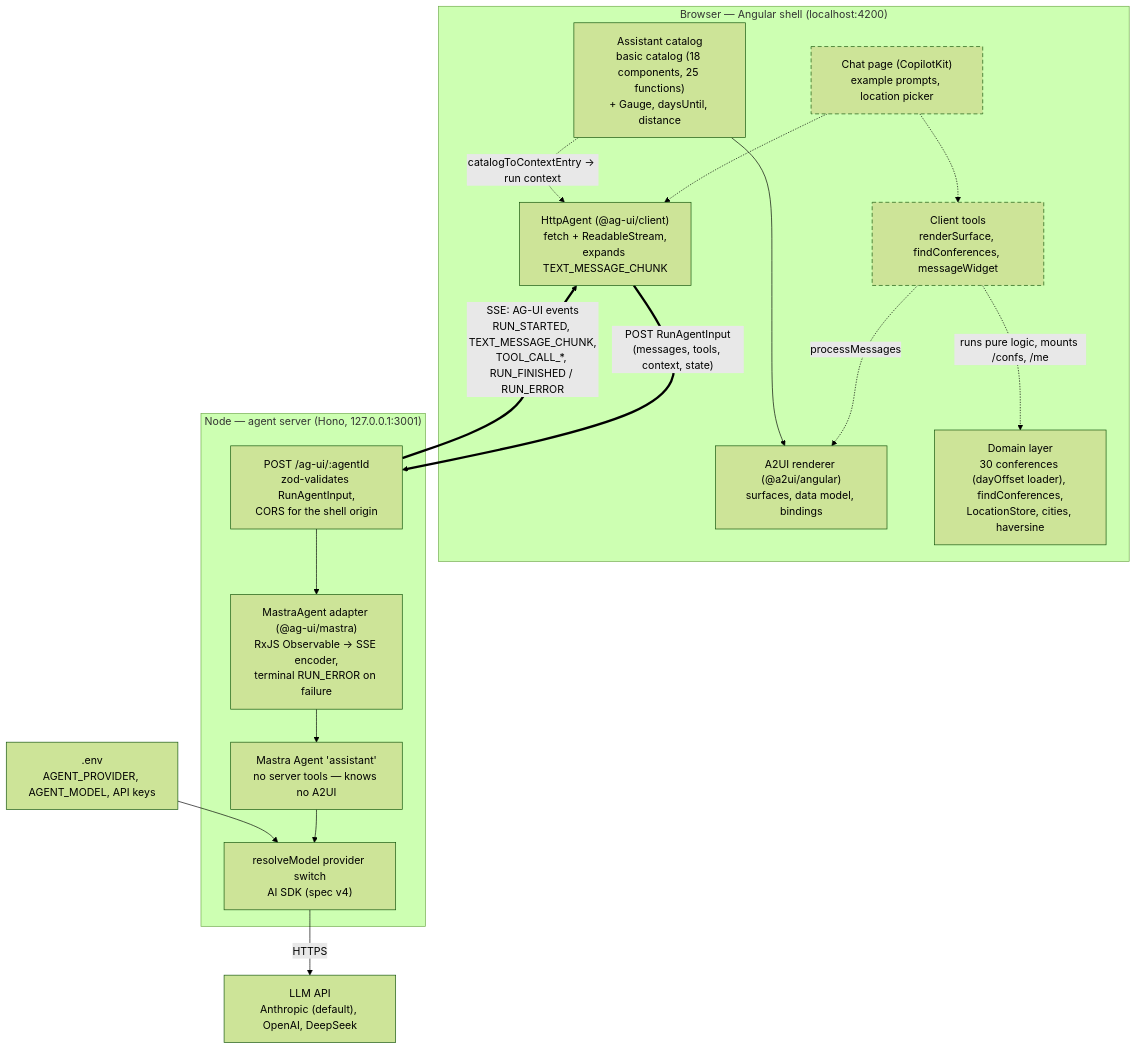
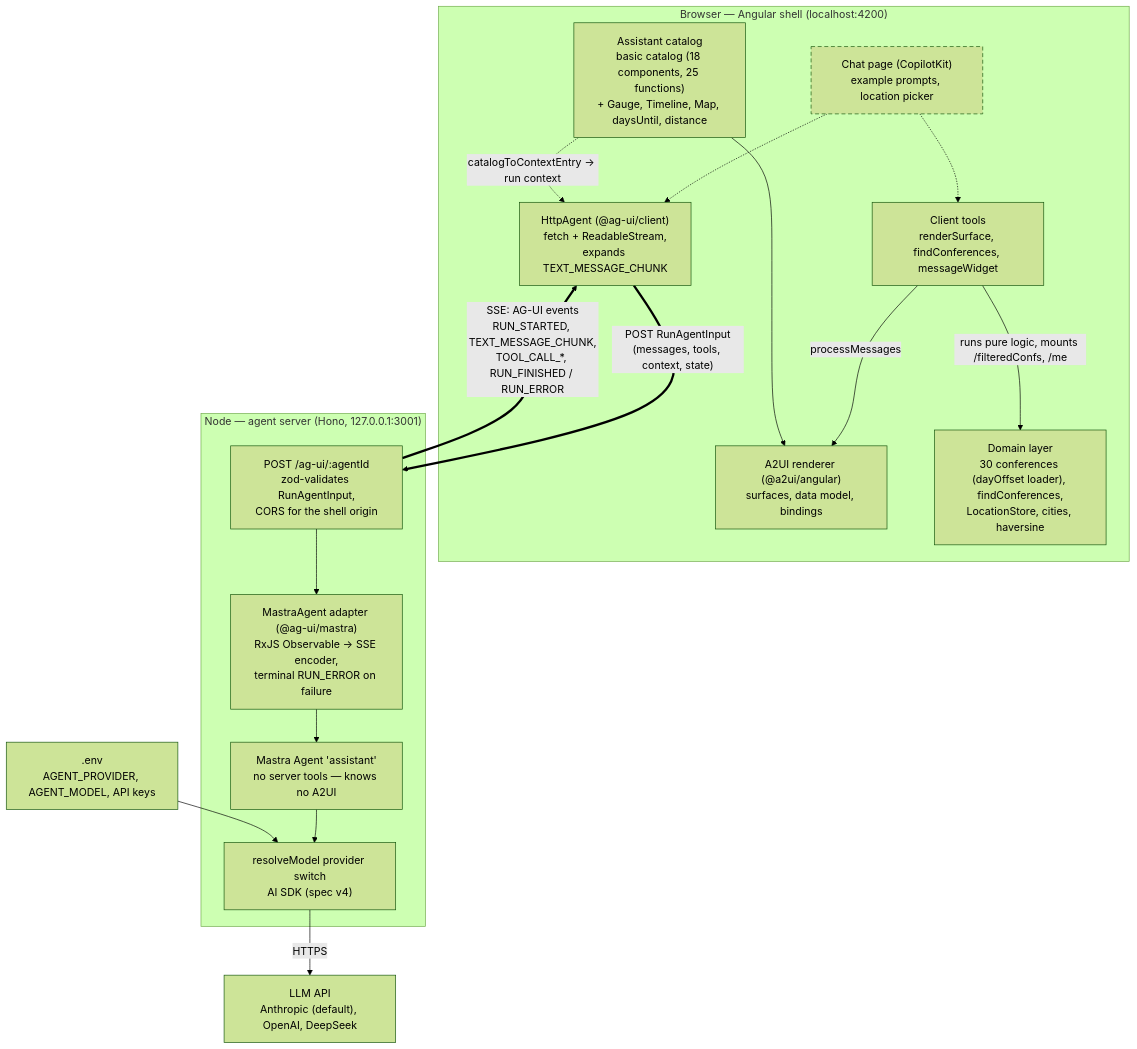
The first of 3 diagrams in docs/architecture.md (lutzleonhardt/native-federation-a2ui), drawn with Mermaid (forest theme) before and after one commit. The commit also changed other lines of this file and 38 other files, not shown here.

````diff
--- a/docs/architecture.md
+++ b/docs/architecture.md
@@ -14,40 +37,40 @@
 ```mermaid
 flowchart TB
     subgraph shell["Browser — Angular shell (localhost:4200)"]
         chat["Chat page (CopilotKit)<br/>example prompts, location picker"]
         tools["Client tools<br/>renderSurface, findConferences, messageWidget"]
         httpAgent["HttpAgent (@ag-ui/client)<br/>fetch + ReadableStream,<br/>expands TEXT_MESSAGE_CHUNK"]
         renderer["A2UI renderer (@a2ui/angular)<br/>surfaces, data model, bindings"]
-        catalog["Assistant catalog<br/>basic catalog (18 components, 25 functions)<br/>+ Gauge, daysUntil, distance"]
+        catalog["Assistant catalog<br/>basic catalog (18 components, 25 functions)<br/>+ Gauge, Timeline, Map, daysUntil, distance"]
         domain["Domain layer<br/>30 conferences (dayOffset loader), findConferences,<br/>LocationStore, cities, haversine"]
     end
 
     subgraph agent["Node — agent server (Hono, 127.0.0.1:3001)"]
         route["POST /ag-ui/:agentId<br/>zod-validates RunAgentInput,<br/>CORS for the shell origin"]
         adapter["MastraAgent adapter (@ag-ui/mastra)<br/>RxJS Observable → SSE encoder,<br/>terminal RUN_ERROR on failure"]
         assistant["Mastra Agent 'assistant'<br/>no server tools — knows no A2UI"]
         model["resolveModel provider switch<br/>AI SDK (spec v4)"]
     end
 
     llm["LLM API<br/>Anthropic (default), OpenAI, DeepSeek"]
     env[".env<br/>AGENT_PROVIDER, AGENT_MODEL, API keys"]
 
     chat -.-> httpAgent
     chat -.-> tools
-    tools -.->|"processMessages"| renderer
-    tools -.->|"runs pure logic, mounts /confs, /me"| domain
+    tools -->|"processMessages"| renderer
+    tools -->|"runs pure logic, mounts /filteredConfs, /me"| domain
     catalog --> renderer
     catalog -.->|"catalogToContextEntry → run context"| httpAgent
 
     httpAgent == "POST RunAgentInput<br/>(messages, tools, context, state)" ==> route
     route == "SSE: AG-UI events<br/>RUN_STARTED, TEXT_MESSAGE_CHUNK,<br/>TOOL_CALL_*, RUN_FINISHED / RUN_ERROR" ==> httpAgent
 
     route --> adapter
     adapter --> assistant
     assistant --> model
     model -- "HTTPS" --> llm
     env --> model
 
     classDef planned stroke-dasharray: 6 4;
-    class chat,tools planned;
+    class chat planned;
 ```
````
